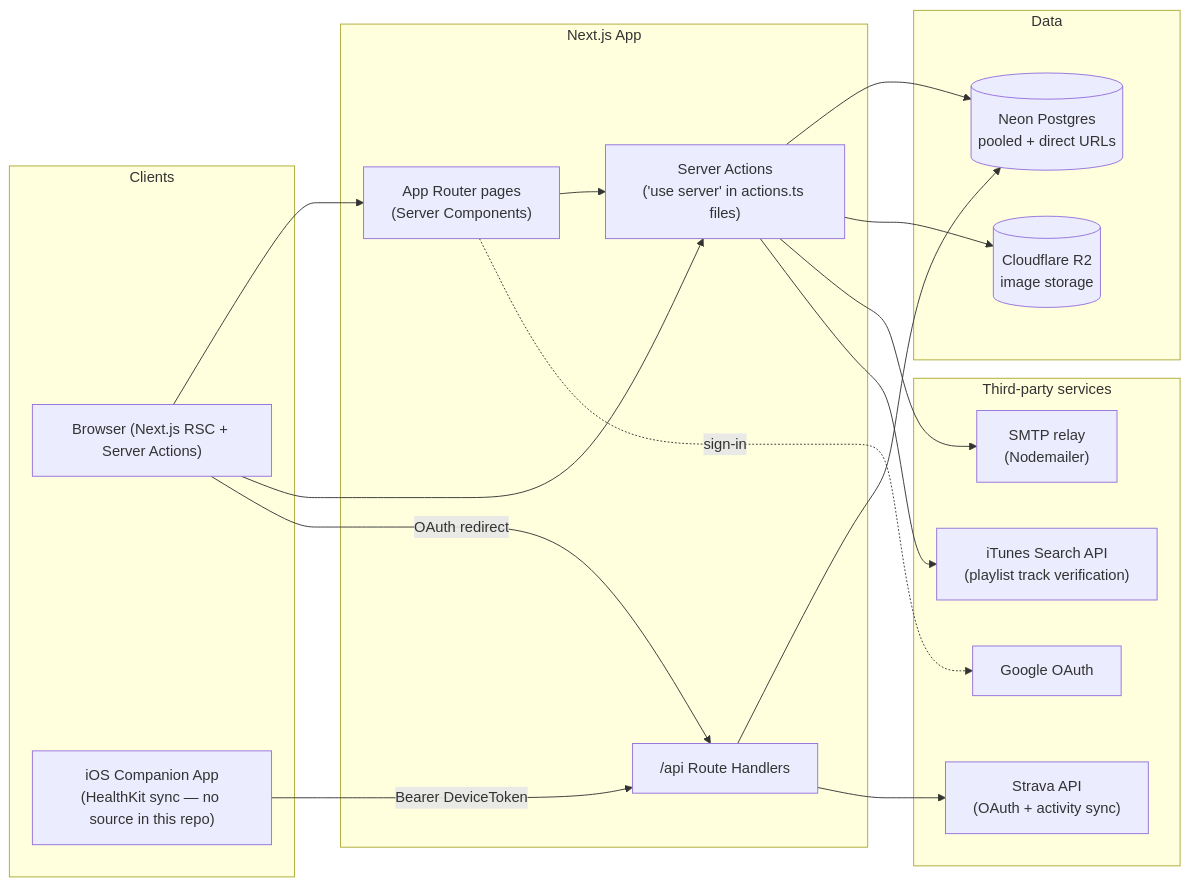
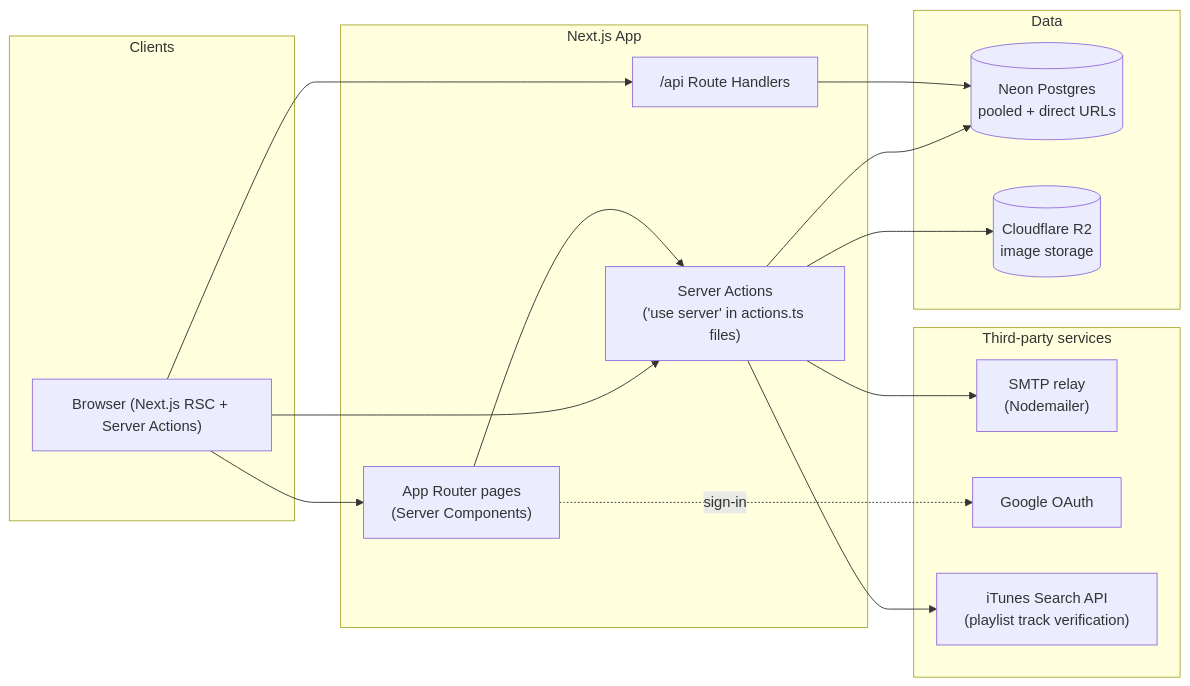
Before and after one commit to eshinhw/runners-league: the diagram in docs/ARCHITECTURE.md, drawn with Mermaid. The commit also changed other lines of this file and 21 other files, not shown here.

First line of the commit message:
Remove Strava and Apple HealthKit wearable integrations

````diff
--- a/docs/ARCHITECTURE.md
+++ b/docs/ARCHITECTURE.md
@@ -28,39 +28,35 @@
 ```mermaid
 flowchart LR
     subgraph Clients
         Browser["Browser (Next.js RSC + Server Actions)"]
-        iOS["iOS Companion App\n(HealthKit sync — no source in this repo)"]
     end
 
     subgraph App["Next.js App"]
         Pages["App Router pages\n(Server Components)"]
         Actions["Server Actions\n('use server' in actions.ts files)"]
         API["/api Route Handlers"]
     end
 
     subgraph Data
         Neon[("Neon Postgres\npooled + direct URLs")]
         R2[("Cloudflare R2\nimage storage")]
     end
 
     subgraph ThirdParty["Third-party services"]
         SMTP["SMTP relay\n(Nodemailer)"]
         Google["Google OAuth"]
-        Strava["Strava API\n(OAuth + activity sync)"]
         ITunes["iTunes Search API\n(playlist track verification)"]
     end
 
     Browser --> Pages
     Browser --> Actions
     Pages --> Actions
-    iOS -->|"Bearer DeviceToken"| API
-    Browser -->|"OAuth redirect"| API
+    Browser --> API
 
     Actions --> Neon
     API --> Neon
     Actions --> R2
     Actions --> SMTP
     Pages -.->|sign-in| Google
-    API --> Strava
     Actions --> ITunes
 ```
````
